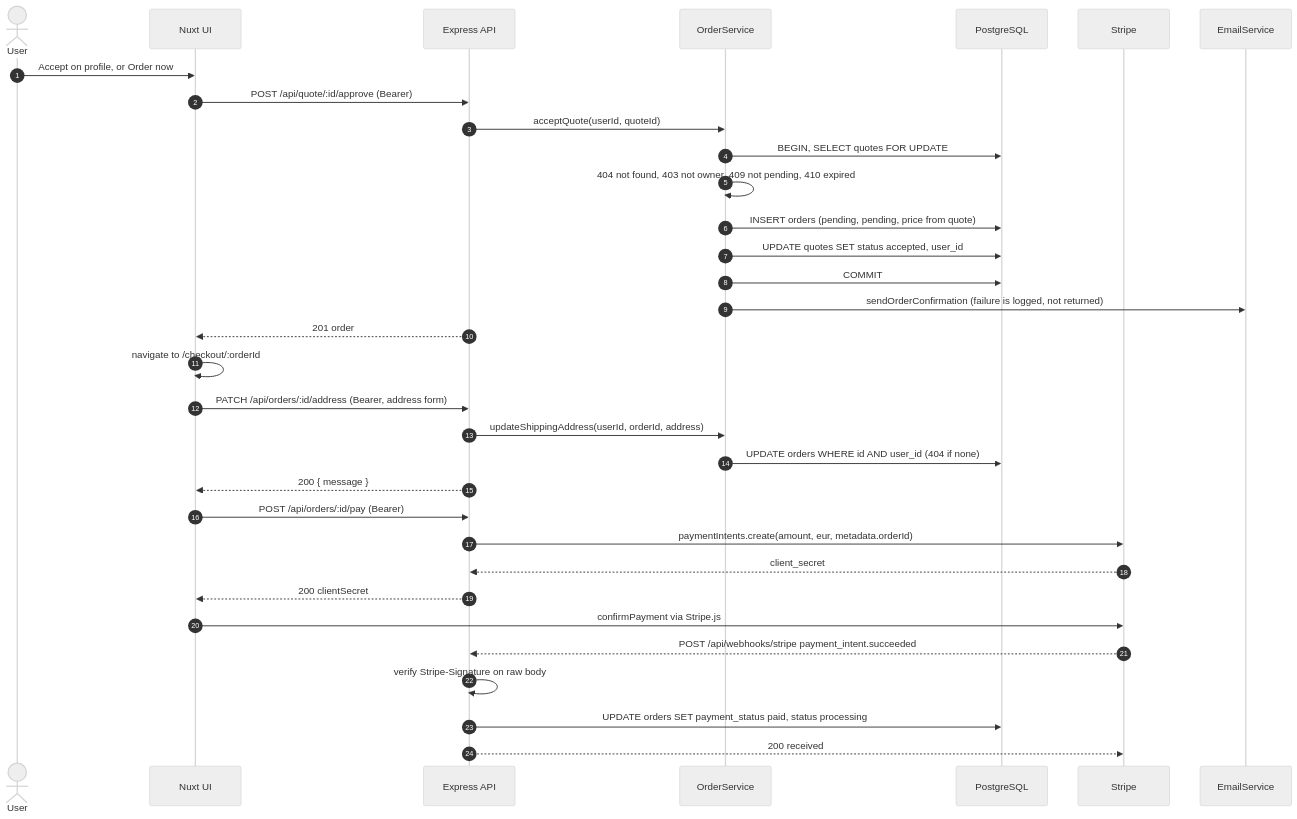
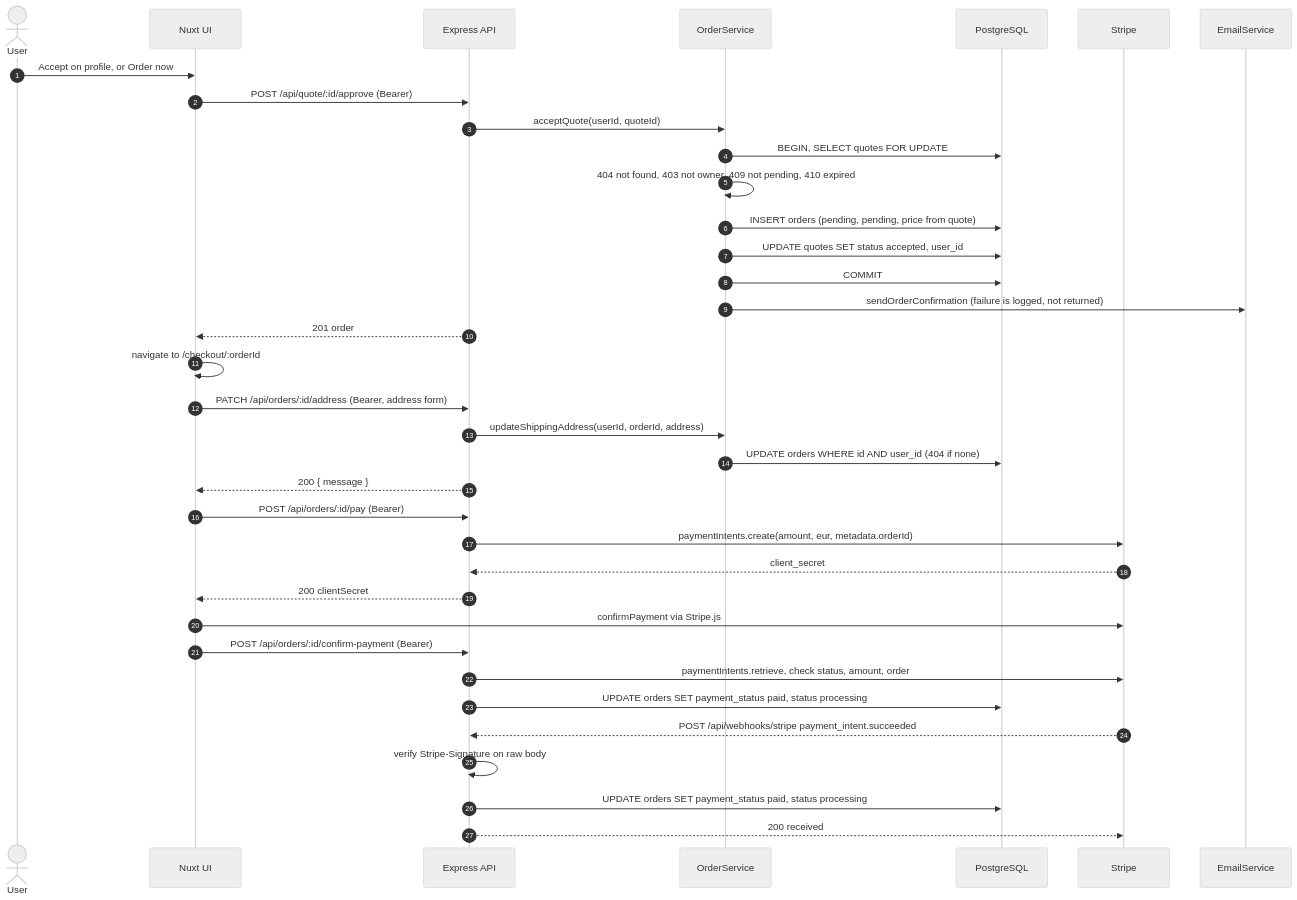
Before and after one commit to gregoriosiravo/3d-print-store-api: the third of 5 diagrams in docs/api.md, drawn with Mermaid (neutral theme). The commit also changed other lines of this file and 5 other files, not shown here.

First line of the commit message:
fix(payments): mark orders paid through a Stripe-checked confirmation

````diff
--- a/docs/api.md
+++ b/docs/api.md
@@ -368,36 +369,39 @@
 ```mermaid
 sequenceDiagram
     autonumber
     actor U as User
     participant UI as Nuxt UI
     participant API as Express API
     participant OS as OrderService
     participant DB as PostgreSQL
     participant S as Stripe
     participant E as EmailService
 
     U->>UI: Accept on profile, or Order now
     UI->>API: POST /api/quote/:id/approve (Bearer)
     API->>OS: acceptQuote(userId, quoteId)
     OS->>DB: BEGIN, SELECT quotes FOR UPDATE
     OS->>OS: 404 not found, 403 not owner, 409 not pending, 410 expired
     OS->>DB: INSERT orders (pending, pending, price from quote)
     OS->>DB: UPDATE quotes SET status accepted, user_id
     OS->>DB: COMMIT
     OS->>E: sendOrderConfirmation (failure is logged, not returned)
     API-->>UI: 201 order
     UI->>UI: navigate to /checkout/:orderId
     UI->>API: PATCH /api/orders/:id/address (Bearer, address form)
     API->>OS: updateShippingAddress(userId, orderId, address)
     OS->>DB: UPDATE orders WHERE id AND user_id (404 if none)
     API-->>UI: 200 { message }
     UI->>API: POST /api/orders/:id/pay (Bearer)
     API->>S: paymentIntents.create(amount, eur, metadata.orderId)
     S-->>API: client_secret
     API-->>UI: 200 clientSecret
     UI->>S: confirmPayment via Stripe.js
+    UI->>API: POST /api/orders/:id/confirm-payment (Bearer)
+    API->>S: paymentIntents.retrieve, check status, amount, order
+    API->>DB: UPDATE orders SET payment_status paid, status processing
     S-->>API: POST /api/webhooks/stripe payment_intent.succeeded
     API->>API: verify Stripe-Signature on raw body
     API->>DB: UPDATE orders SET payment_status paid, status processing
     API-->>S: 200 received
 ```
````
